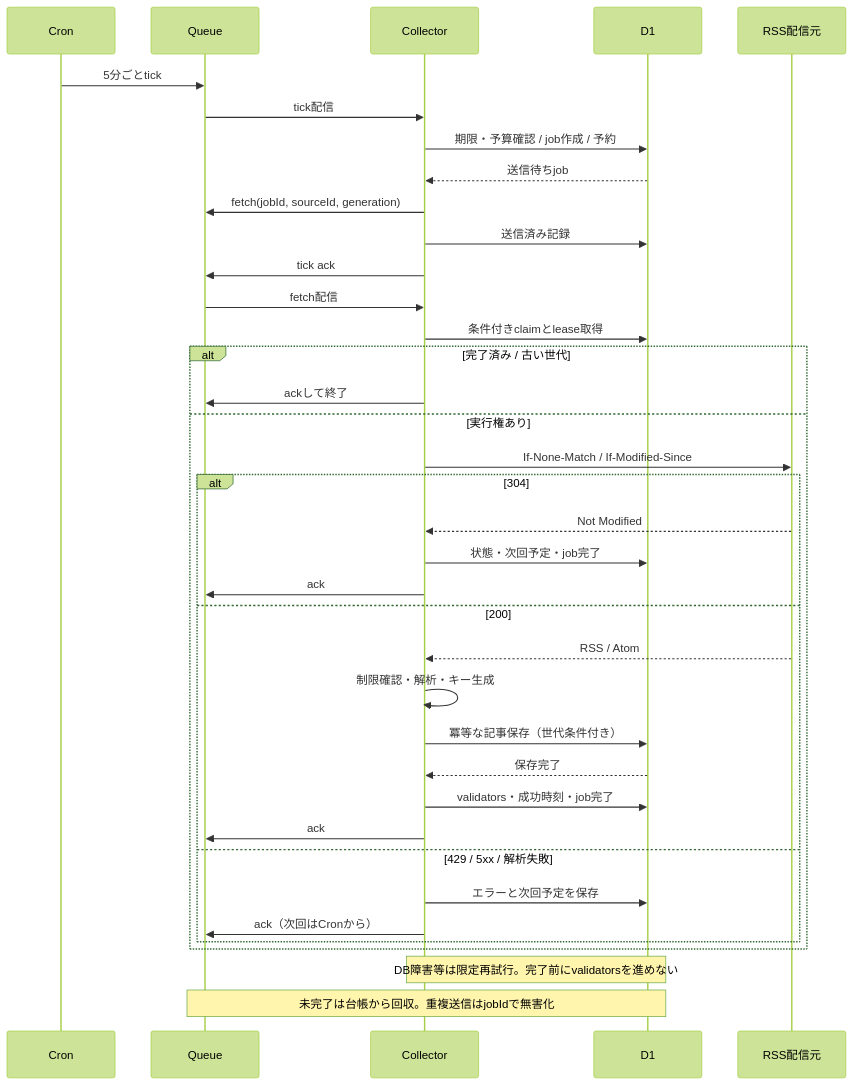
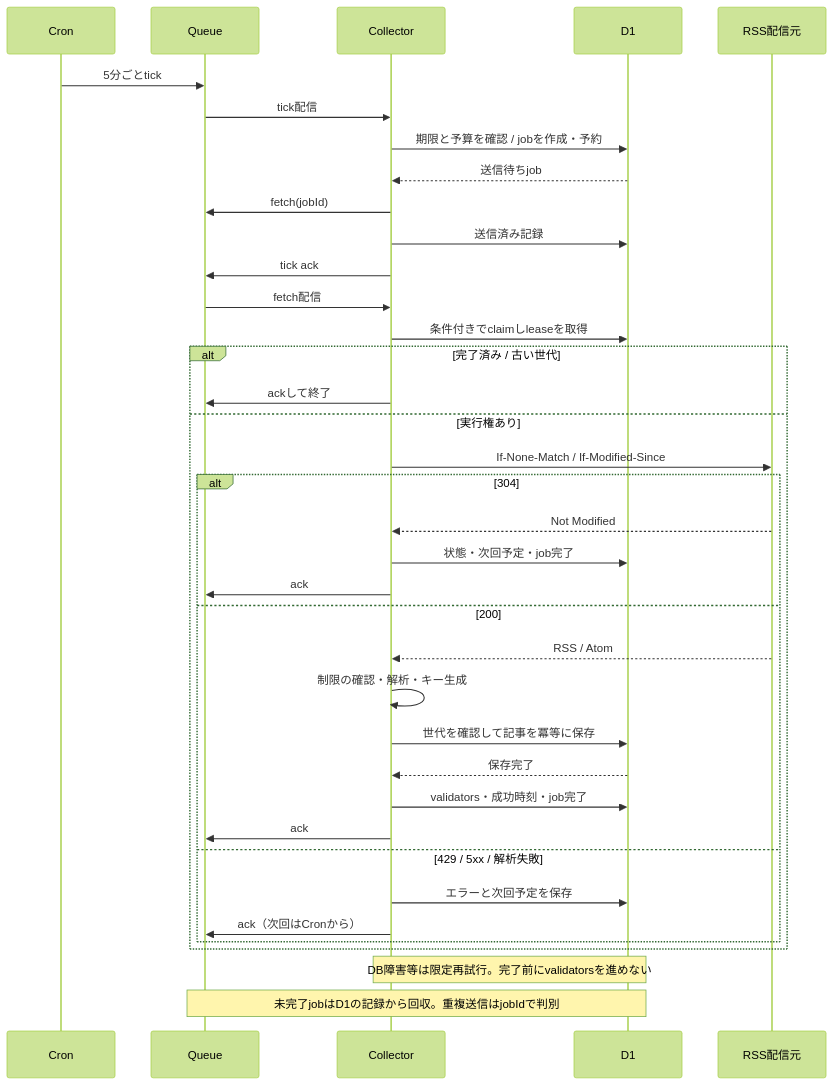
Before and after one commit to moz-sec/tayori: the second of 4 diagrams in docs/06-sequences.md, drawn with Mermaid (forest theme). The commit also changed other lines of this file and 42 other files, not shown here.

````diff
--- a/docs/06-sequences.md
+++ b/docs/06-sequences.md
@@ -39,39 +39,39 @@
 ```mermaid
 sequenceDiagram
     participant C as Cron
     participant Q as Queue
     participant W as Collector
     participant D as D1
     participant E as RSS配信元
     C->>Q: 5分ごとtick
     Q->>W: tick配信
-    W->>D: 期限・予算確認 / job作成 / 予約
+    W->>D: 期限と予算を確認 / jobを作成・予約
     D-->>W: 送信待ちjob
-    W->>Q: fetch(jobId, sourceId, generation)
+    W->>Q: fetch(jobId)
     W->>D: 送信済み記録
     W->>Q: tick ack
     Q->>W: fetch配信
-    W->>D: 条件付きclaimとlease取得
+    W->>D: 条件付きでclaimしleaseを取得
     alt 完了済み / 古い世代
         W->>Q: ackして終了
     else 実行権あり
         W->>E: If-None-Match / If-Modified-Since
         alt 304
             E-->>W: Not Modified
             W->>D: 状態・次回予定・job完了
             W->>Q: ack
         else 200
             E-->>W: RSS / Atom
-            W->>W: 制限確認・解析・キー生成
-            W->>D: 冪等な記事保存（世代条件付き）
+            W->>W: 制限の確認・解析・キー生成
+            W->>D: 世代を確認して記事を冪等に保存
             D-->>W: 保存完了
             W->>D: validators・成功時刻・job完了
             W->>Q: ack
         else 429 / 5xx / 解析失敗
             W->>D: エラーと次回予定を保存
             W->>Q: ack（次回はCronから）
         end
     end
     Note over W,D: DB障害等は限定再試行。完了前にvalidatorsを進めない
-    Note over Q,D: 未完了は台帳から回収。重複送信はjobIdで無害化
+    Note over Q,D: 未完了jobはD1の記録から回収。重複送信はjobIdで判別
 ```
````
